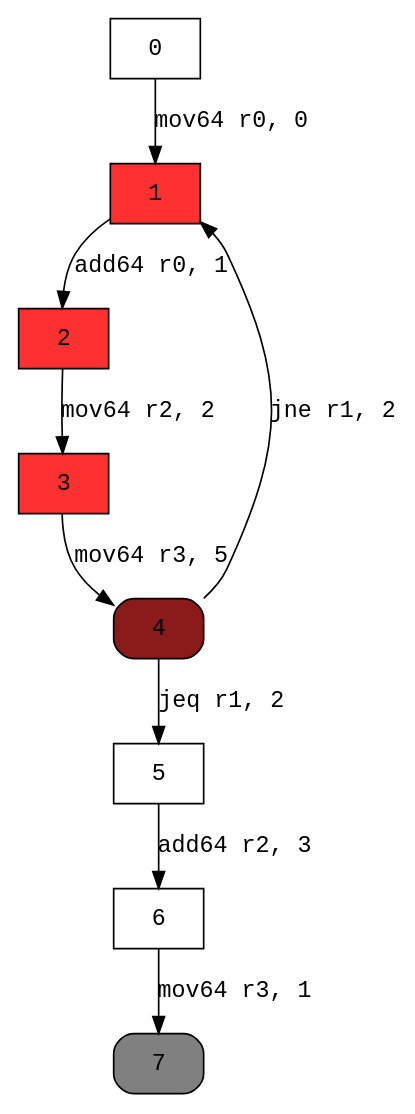
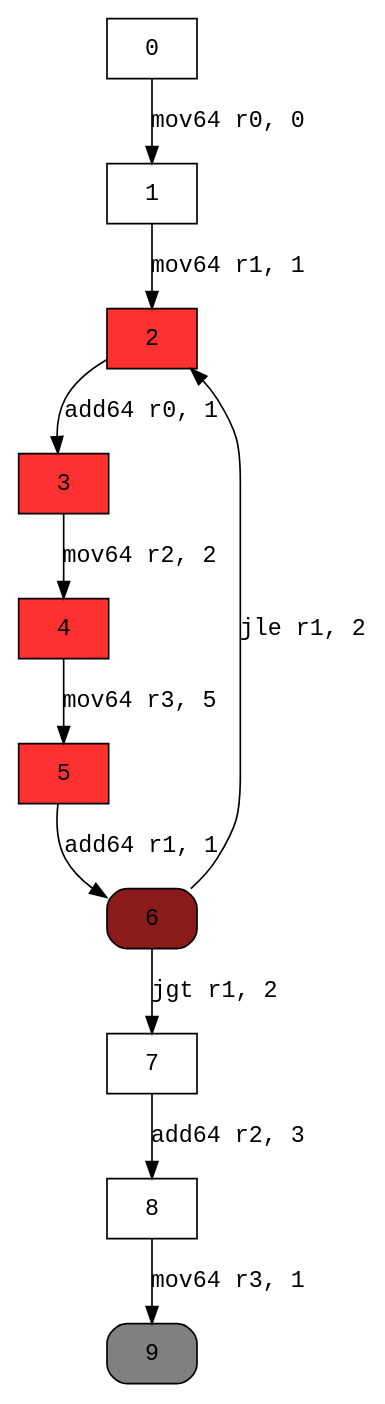
One commit to XicoCorreia/Information-Flow-Analysis-Thesis changed the diagram in examples/graphs/doWhile.dot. Above: the diagram before and after it, drawn with Graphviz. The commit also changed 18 other files, not shown here.

```diff
--- a/examples/graphs/doWhile.dot
+++ b/examples/graphs/doWhile.dot
@@ -1,18 +1,21 @@
 digraph cfg { 
 node [fontname="monospace"];
 node [shape=box];
 edge [fontname="monospace"];
   0 -> 1 [label="mov64 r0, 0"];
-  1 -> 2 [label="add64 r0, 1"];
-  2 -> 3 [label="mov64 r2, 2"];
-  3 -> 4 [label="mov64 r3, 5"];
-  4 -> 5 [label="jeq r1, 2"];
-  4 -> 1 [label="jne r1, 2"];
-  5 -> 6 [label="add64 r2, 3"];
-  6 -> 7 [label="mov64 r3, 1"];
-1 [style=filled,fillcolor=firebrick1];
+  1 -> 2 [label="mov64 r1, 1"];
+  2 -> 3 [label="add64 r0, 1"];
+  3 -> 4 [label="mov64 r2, 2"];
+  4 -> 5 [label="mov64 r3, 5"];
+  5 -> 6 [label="add64 r1, 1"];
+  6 -> 7 [label="jgt r1, 2"];
+  6 -> 2 [label="jle r1, 2"];
+  7 -> 8 [label="add64 r2, 3"];
+  8 -> 9 [label="mov64 r3, 1"];
 2 [style=filled,fillcolor=firebrick1];
 3 [style=filled,fillcolor=firebrick1];
-4 [style="rounded,filled",fillcolor=firebrick4];
-7 [style="rounded,filled",fillcolor=grey];
+4 [style=filled,fillcolor=firebrick1];
+5 [style=filled,fillcolor=firebrick1];
+6 [style="rounded,filled",fillcolor=firebrick4];
+9 [style="rounded,filled",fillcolor=grey];
 }
```
